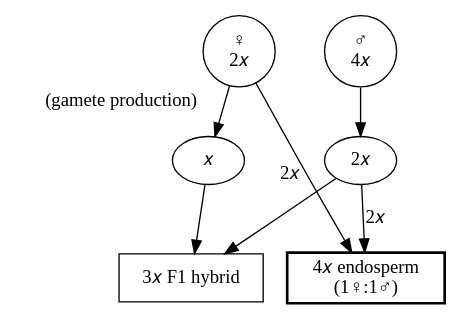
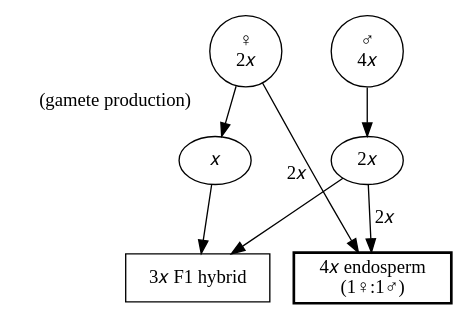
One commit to Euphrasiologist/cross_ploidy changed the diagram in figures/crosses/diploid_tetraploid_hybridisation2.dot. Above: the diagram before and after it, drawn with Graphviz. The commit also changed 9 other files, not shown here.

Commit message:
Make the crossing diagrams interactive.

```diff
--- a/figures/crosses/diploid_tetraploid_hybridisation2.dot
+++ b/figures/crosses/diploid_tetraploid_hybridisation2.dot
@@ -1,16 +1,16 @@
-digraph "Diploid-tetraploid hybridisation" {
-"♀
-2𝑥" -> "𝑥" [xlabel="  (gamete production)"]
-"♂
-4𝑥" -> "2𝑥" 
-"3𝑥 F1 hybrid" [shape="box"]
-"4𝑥 endosperm
-(1♀:1♂)" [shape="box", style="bold"]
-"𝑥" -> "3𝑥 F1 hybrid" 
-"2𝑥" -> "3𝑥 F1 hybrid" 
-"♀
-2𝑥" -> "4𝑥 endosperm
-(1♀:1♂)" [xlabel="2𝑥  "]
-"2𝑥" -> "4𝑥 endosperm
-(1♀:1♂)" [label="2𝑥"]
+digraph "Diploid-tetraploid hybridisation2" {
+    // nodes
+    maternal [ label = "♀\n2𝑥" class = "diploid_tetraploid_hybridisation2 hybrid_outcome endosperm_outcome" ]
+    maternal_gamete [ label = "𝑥" class = "diploid_tetraploid_hybridisation2 hybrid_outcome" ]
+    paternal [ label = "♂\n4𝑥" class = "diploid_tetraploid_hybridisation2 hybrid_outcome endosperm_outcome" ]
+    paternal_gamete [ label = "2𝑥" class = "diploid_tetraploid_hybridisation2 hybrid_outcome endosperm_outcome" ]
+    hybrid_outcome [ label = "3𝑥 F1 hybrid" shape = "box" class = "diploid_tetraploid_hybridisation2 hybrid_outcome onhover" ]
+    endosperm [ label = "4𝑥 endosperm\n(1♀:1♂)" shape = "box" style = "bold" class = "diploid_tetraploid_hybridisation2 endosperm_outcome onhover" ]
+    // edges
+    maternal -> maternal_gamete [xlabel="(gamete production)   " class = "diploid_tetraploid_hybridisation2 hybrid_outcome" ]
+    paternal -> paternal_gamete [ class = "diploid_tetraploid_hybridisation2 hybrid_outcome endosperm_outcome" ]
+    maternal_gamete -> hybrid_outcome [ class = "diploid_tetraploid_hybridisation2 hybrid_outcome" ]
+    paternal_gamete -> hybrid_outcome [ class = "diploid_tetraploid_hybridisation2 hybrid_outcome" ]
+    maternal -> endosperm [ xlabel="2𝑥  " class = "diploid_tetraploid_hybridisation2 endosperm_outcome" ]
+    paternal_gamete -> endosperm [ label=" 2𝑥" class = "diploid_tetraploid_hybridisation2 endosperm_outcome" ]
 }
```
